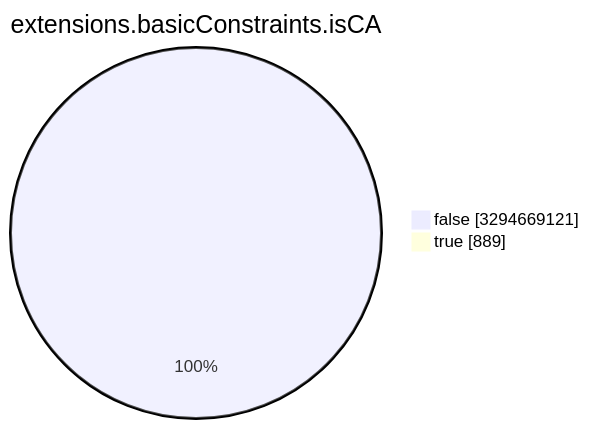
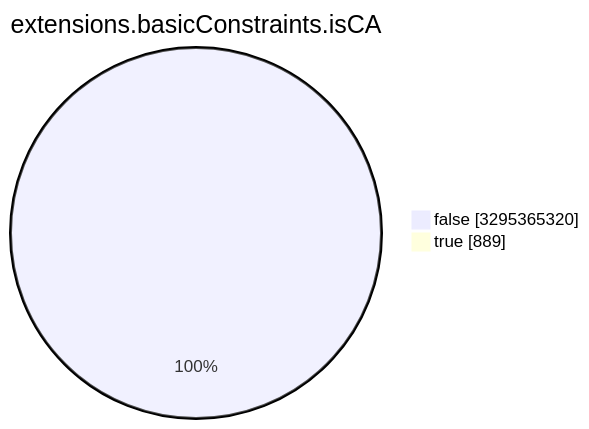
The seventh of 15 diagrams in TOTAL/README.md (christiankrug/ctmonitor_visualization), drawn with Mermaid before and after one commit. The commit also changed other lines of this file, not shown here.

````diff
--- a/TOTAL/README.md
+++ b/TOTAL/README.md
@@ -3089,6 +3089,6 @@
 ```mermaid
 pie showData
 title extensions.basicConstraints.isCA
-"false" :3294669121
+"false" :3295365320
 "true" :889
 ```
````
